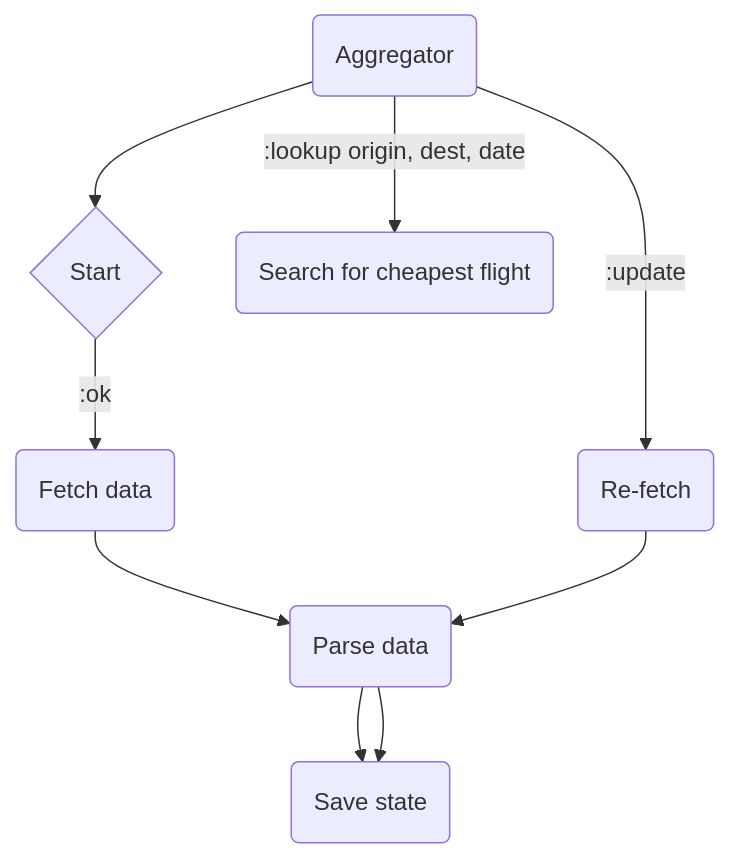
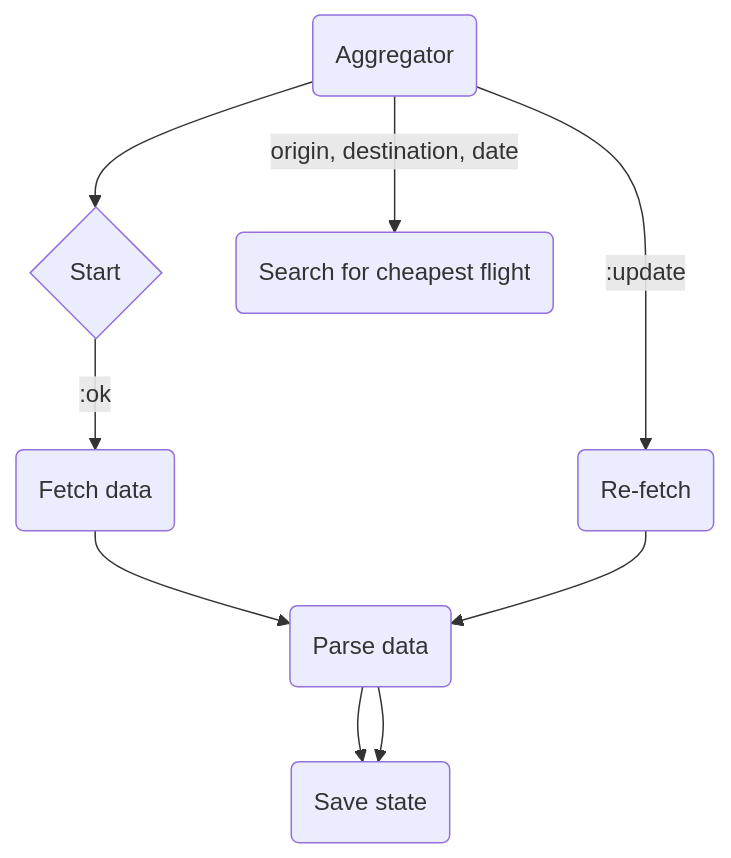
One commit to sultaniman/cheap-flights changed the first of 2 diagrams in README.md. Above: the diagram before and after it, drawn with Mermaid.

````diff
--- a/README.md
+++ b/README.md
@@ -63,9 +63,9 @@
 ```mermaid
 flowchart TD
     A(Aggregator) --> B{Start}
     B --> |:ok| C(Fetch data)
     A --> |:update| D(Re-fetch)
-    A --> |:lookup origin, dest, date| E(Search for cheapest flight)
+    A --> |origin, destination, date| E(Search for cheapest flight)
     C --> F(Parse data) --> G(Save state)
     D --> F(Parse data) --> G
 ```
````
